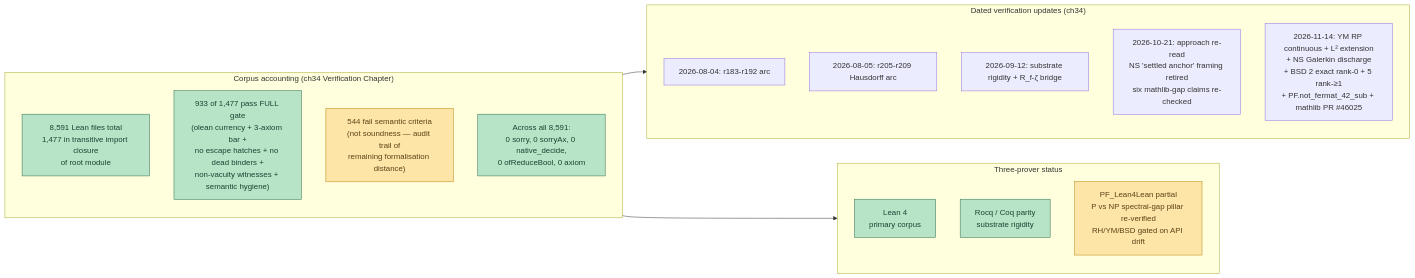
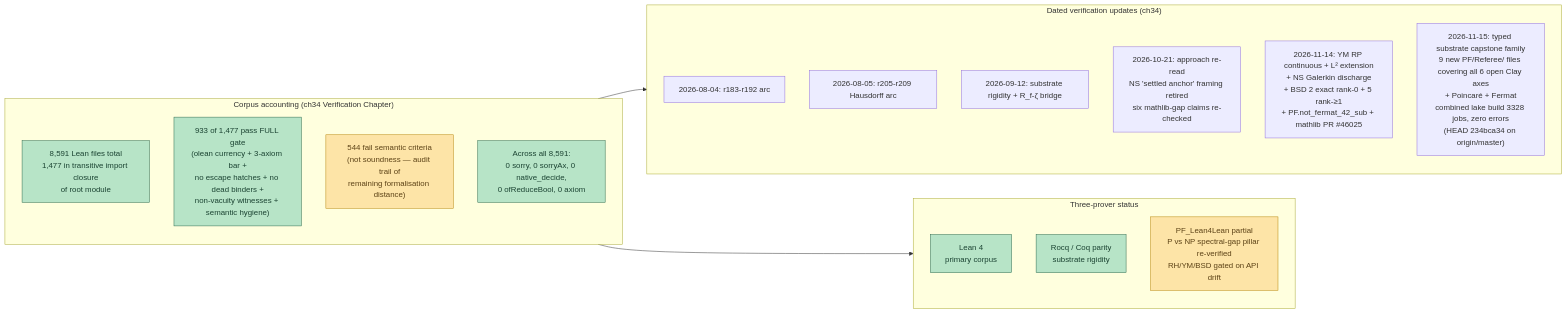
One commit to FractalDevTeam/Principia-Fractalis changed the fifth of 5 diagrams in codex/PRINCIPIA_FRACTALIS_FULL_DIAGRAM_2026-11-14.md. Above: the diagram before and after it, drawn with Mermaid. The commit also changed other lines of this file, not shown here.

First line of the commit message:
diagram: 2026-11-15 typed substrate capstone family integrated

````diff
--- a/codex/PRINCIPIA_FRACTALIS_FULL_DIAGRAM_2026-11-14.md
+++ b/codex/PRINCIPIA_FRACTALIS_FULL_DIAGRAM_2026-11-14.md
@@ -197,30 +255,31 @@
 ```mermaid
 flowchart LR
     classDef proven fill:#b7e4c7,stroke:#2d6a4f,color:#1b4332
     classDef cond fill:#fde4a7,stroke:#b8860b,color:#5c4216
     classDef empirical fill:#d6d6f7,stroke:#4a4ab0,color:#1a1a52
 
     subgraph CORPUS["Corpus accounting (ch34 Verification Chapter)"]
       LEAN_COUNT["8,591 Lean files total<br/>1,477 in transitive import closure<br/>of root module"]:::proven
       GATE["933 of 1,477 pass FULL gate<br/>(olean currency + 3-axiom bar +<br/>no escape hatches + no dead binders +<br/>non-vacuity witnesses + semantic hygiene)"]:::proven
       SEMANTIC["544 fail semantic criteria<br/>(not soundness — audit trail of<br/>remaining formalisation distance)"]:::cond
       ZERO["Across all 8,591:<br/>0 sorry, 0 sorryAx, 0 native_decide,<br/>0 ofReduceBool, 0 axiom"]:::proven
     end
 
     subgraph DATED["Dated verification updates (ch34)"]
       V_0804["2026-08-04: r183-r192 arc"]
       V_0805["2026-08-05: r205-r209 Hausdorff arc"]
       V_0912["2026-09-12: substrate rigidity + R_f-ζ bridge"]
       V_1021["2026-10-21: approach re-read<br/>NS 'settled anchor' framing retired<br/>six mathlib-gap claims re-checked"]
       V_1114["2026-11-14: YM RP continuous + L² extension<br/>+ NS Galerkin discharge<br/>+ BSD 2 exact rank-0 + 5 rank-≥1<br/>+ PF.not_fermat_42_sub + mathlib PR #46025"]
+      V_1115["2026-11-15: typed substrate capstone family<br/>9 new PF/Referee/ files covering all 6 open Clay axes<br/>+ Poincaré + Fermat<br/>combined lake build 3328 jobs, zero errors<br/>(HEAD 234bca34 on origin/master)"]
     end
 
     subgraph PROVERS["Three-prover status"]
       LEAN2["Lean 4<br/>primary corpus"]:::proven
       ROCQ2["Rocq / Coq parity<br/>substrate rigidity"]:::proven
       L4L2["PF_Lean4Lean partial<br/>P vs NP spectral-gap pillar re-verified<br/>RH/YM/BSD gated on API drift"]:::cond
     end
 
     CORPUS --> DATED
     CORPUS --> PROVERS
 ```
````
